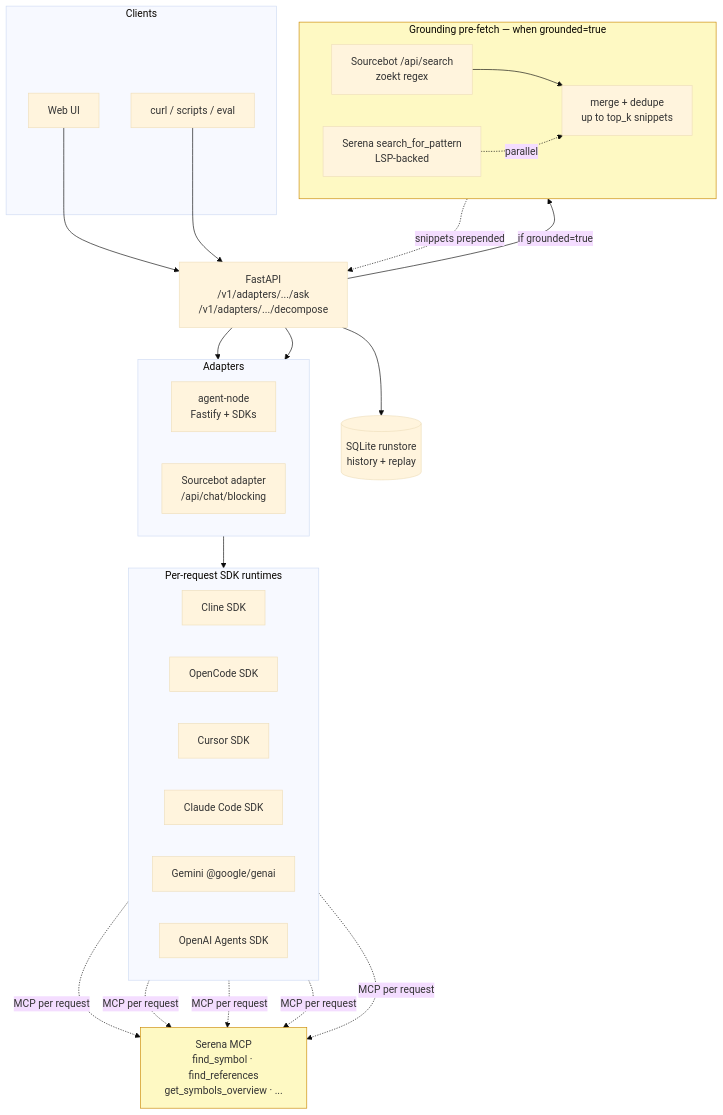
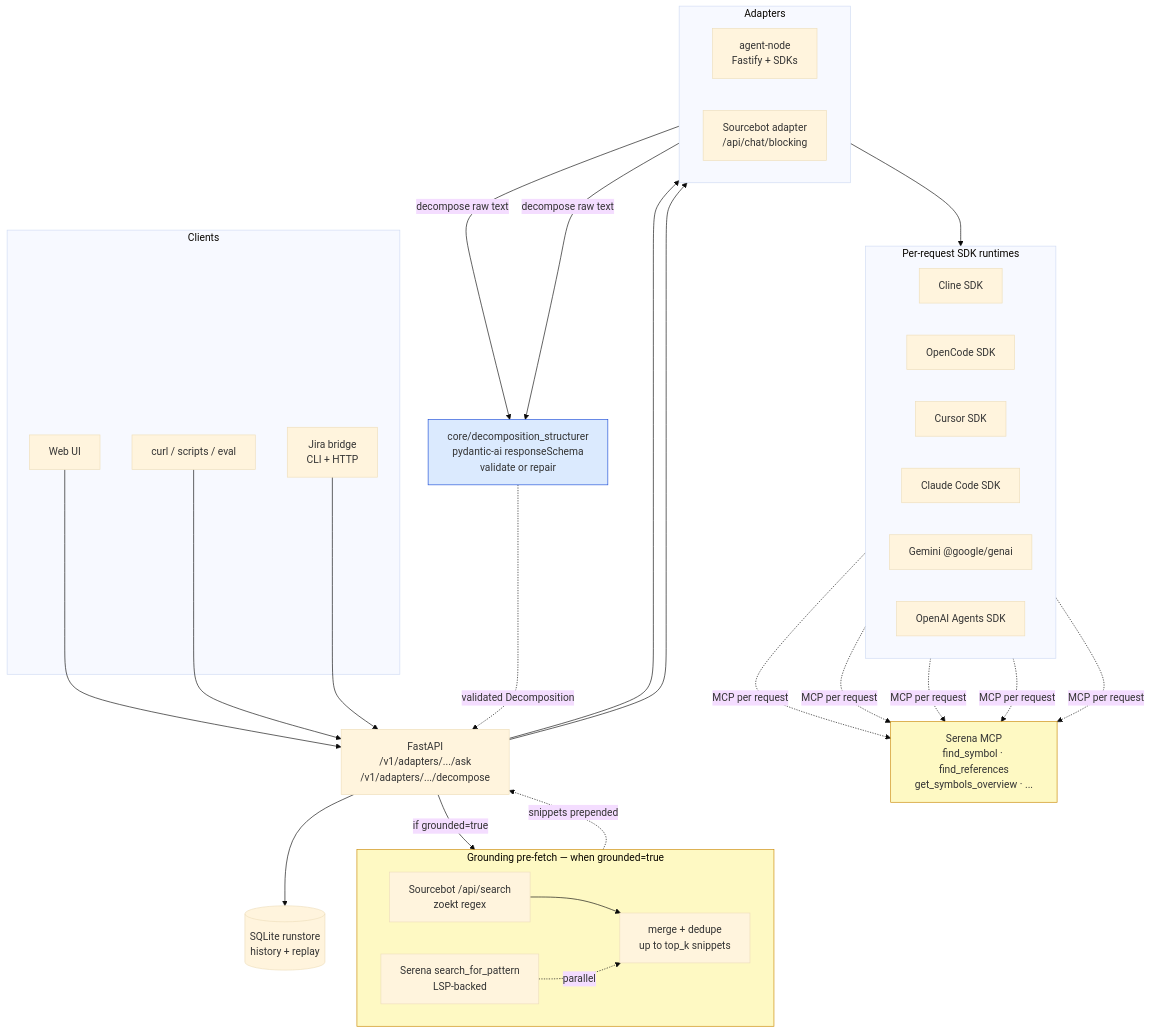
Before and after one commit to MHMALEK/polycontext: the second of 2 diagrams in README.md, drawn with Mermaid (base theme). The commit also changed other lines of this file, not shown here.

First line of the commit message:
docs: refresh README — all 6 decompose adapters verified + structurer pipeline + jira-bridge

````diff
--- a/README.md
+++ b/README.md
@@ -260,54 +376,62 @@
 ```mermaid
 flowchart TB
   subgraph clients[Clients]
     UI[Web UI]
     CLI[curl / scripts / eval]
+    JB[Jira bridge<br/>CLI + HTTP]
   end
 
   API[FastAPI<br/>/v1/adapters/.../ask<br/>/v1/adapters/.../decompose]
 
   subgraph grounding[Grounding pre-fetch — when grounded=true]
     direction LR
     SBS[Sourcebot /api/search<br/>zoekt regex]
     SER1[Serena search_for_pattern<br/>LSP-backed]
     MERGE[merge + dedupe<br/>up to top_k snippets]
     SBS --> MERGE
     SER1 -. parallel .-> MERGE
   end
 
   subgraph adapters[Adapters]
     direction LR
     AN[agent-node<br/>Fastify + SDKs]
     SBA[Sourcebot adapter<br/>/api/chat/blocking]
   end
 
   subgraph sdks[Per-request SDK runtimes]
     direction LR
     Cline[Cline SDK]
     OC[OpenCode SDK]
     Cur[Cursor SDK]
     CC[Claude Code SDK]
     Gem[Gemini @google/genai]
     OAI[OpenAI Agents SDK]
   end
 
+  STRUCT[core/decomposition_structurer<br/>pydantic-ai responseSchema<br/>validate or repair]
   SER2[Serena MCP<br/>find_symbol · find_references<br/>get_symbols_overview · ...]
   RS[(SQLite runstore<br/>history + replay)]
 
   UI --> API
   CLI --> API
+  JB --> API
   API -- if grounded=true --> grounding
   grounding -. snippets prepended .-> API
   API --> AN
   API --> SBA
   AN --> sdks
+  AN -- decompose raw text --> STRUCT
+  SBA -- decompose raw text --> STRUCT
+  STRUCT -. validated Decomposition .-> API
   Cline -. MCP per request .-> SER2
   OC -. MCP per request .-> SER2
   Cur -. MCP per request .-> SER2
   CC -. MCP per request .-> SER2
   OAI -. MCP per request .-> SER2
   API --> RS
 
   classDef extra fill:#fef9c3,stroke:#ca8a04;
   class grounding,SER2 extra;
+  classDef core fill:#dbeafe,stroke:#1d4ed8;
+  class STRUCT core;
 ```
````
